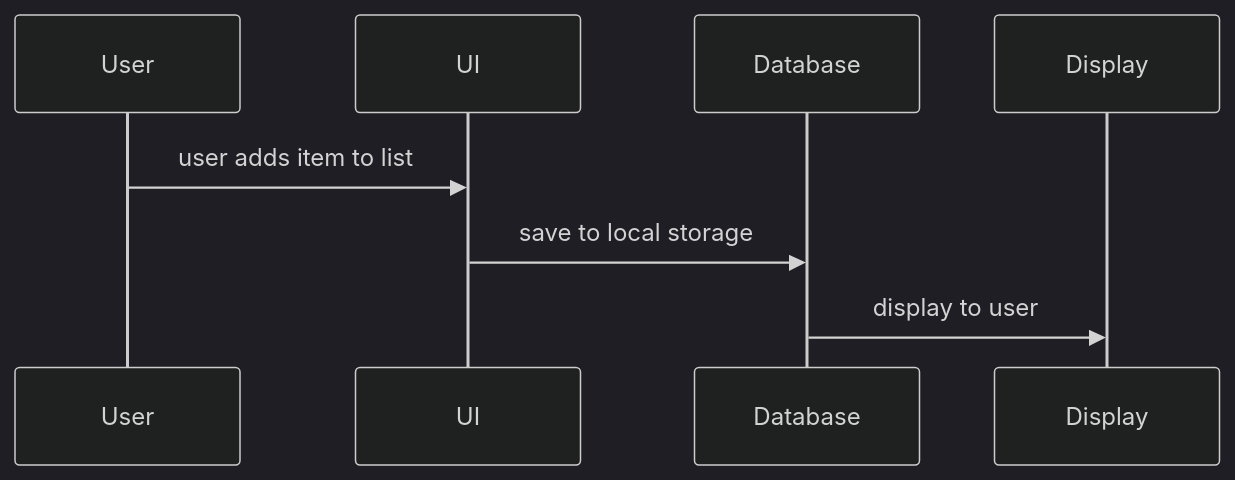
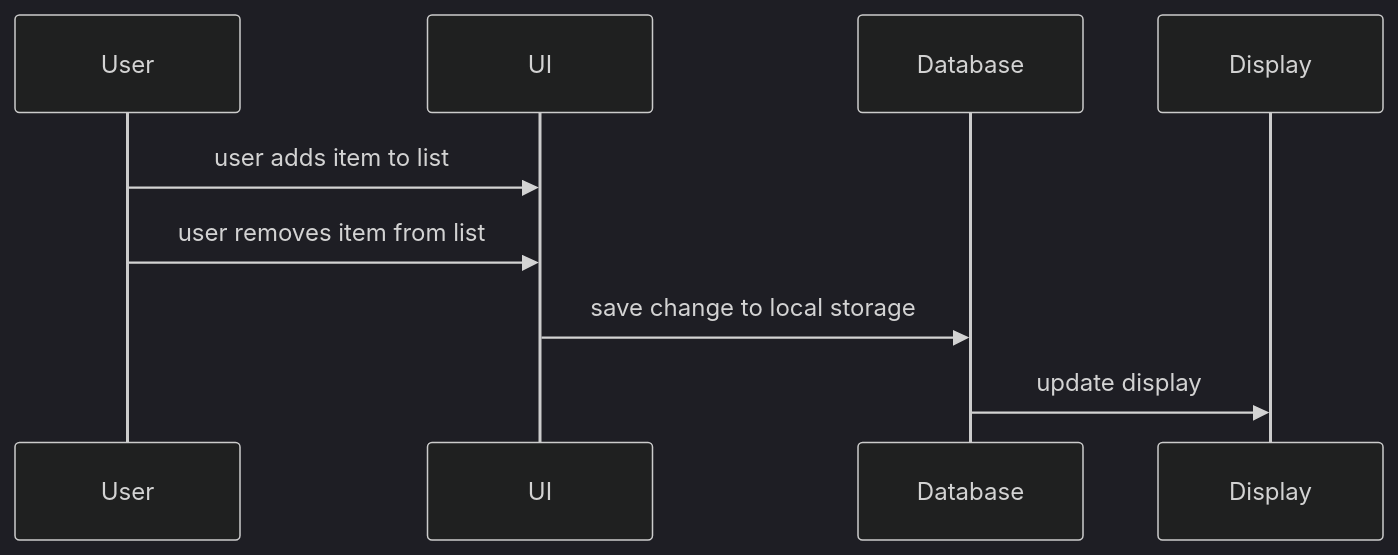
The diagram in m3/daniel-chin/planner-sequence-diagram.md (viancavarma/326-Team-5), drawn with Mermaid (dark theme) before and after one commit.

````diff
--- a/m3/daniel-chin/planner-sequence-diagram.md
+++ b/m3/daniel-chin/planner-sequence-diagram.md
@@ -7,7 +7,8 @@
 ```mermaid
 sequenceDiagram
   User ->> UI: user adds item to list
-  UI ->> Database: save to local storage
-  Database ->> Display: display to user
+  User ->> UI: user removes item from list
+  UI ->> Database: save change to local storage
+  Database ->> Display: update display
 
 ```
````
